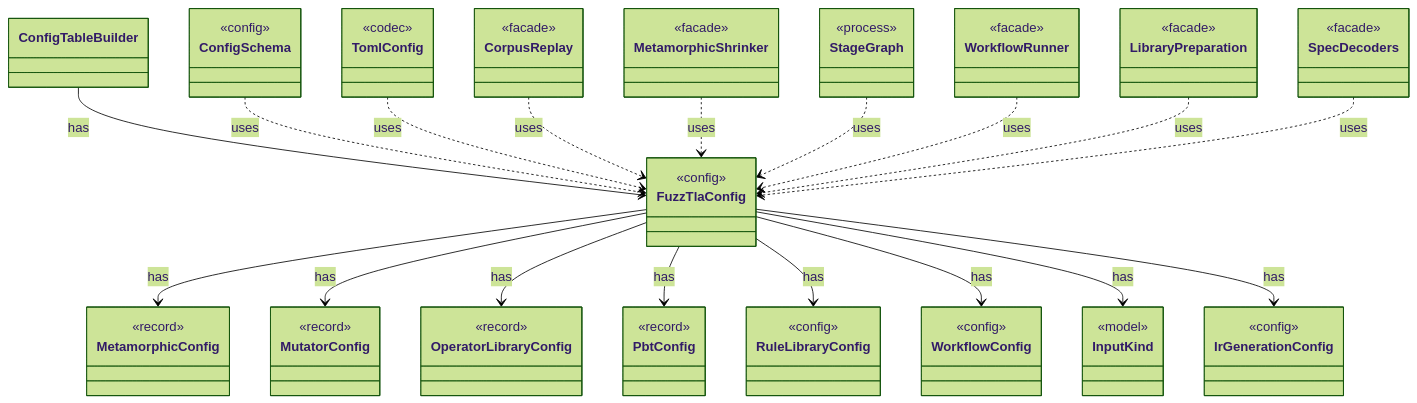
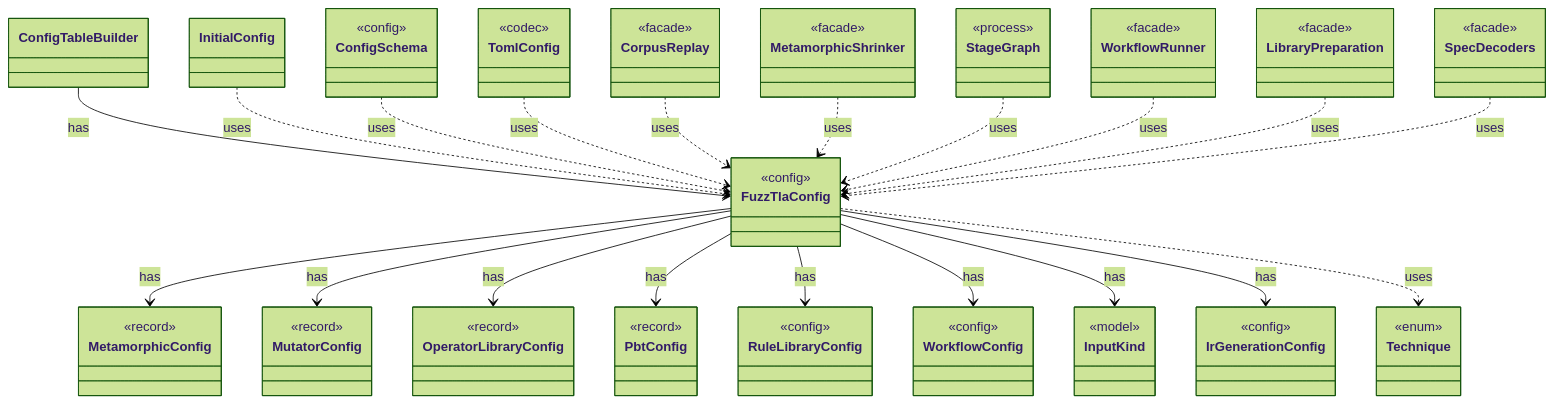
Before and after one commit to tlaplus/model-checker-hardening: the diagram in dev/types/io.github.tlaplus.hardening.config.FuzzTlaConfig.md, drawn with Mermaid (forest theme). The commit also changed other lines of this file and 411 other files, not shown here.

````diff
--- a/dev/types/io.github.tlaplus.hardening.config.FuzzTlaConfig.md
+++ b/dev/types/io.github.tlaplus.hardening.config.FuzzTlaConfig.md
@@ -7,72 +7,78 @@
 ```mermaid
 classDiagram
   class FuzzTlaConfig {
     <<config>>
   }
   class MetamorphicConfig {
     <<record>>
   }
   class MutatorConfig {
     <<record>>
   }
   class OperatorLibraryConfig {
     <<record>>
   }
   class PbtConfig {
     <<record>>
   }
   class RuleLibraryConfig {
     <<config>>
   }
   class WorkflowConfig {
     <<config>>
   }
   class InputKind {
     <<model>>
   }
   class IrGenerationConfig {
     <<config>>
   }
   class ConfigTableBuilder
+  class Technique {
+    <<enum>>
+  }
+  class InitialConfig
   class ConfigSchema {
     <<config>>
   }
   class TomlConfig {
     <<codec>>
   }
   class CorpusReplay {
     <<facade>>
   }
   class MetamorphicShrinker {
     <<facade>>
   }
   class StageGraph {
     <<process>>
   }
   class WorkflowRunner {
     <<facade>>
   }
   class LibraryPreparation {
     <<facade>>
   }
   class SpecDecoders {
     <<facade>>
   }
   FuzzTlaConfig --> MetamorphicConfig : has
   FuzzTlaConfig --> MutatorConfig : has
   FuzzTlaConfig --> OperatorLibraryConfig : has
   FuzzTlaConfig --> PbtConfig : has
   FuzzTlaConfig --> RuleLibraryConfig : has
   FuzzTlaConfig --> WorkflowConfig : has
   FuzzTlaConfig --> InputKind : has
   FuzzTlaConfig --> IrGenerationConfig : has
   ConfigTableBuilder --> FuzzTlaConfig : has
+  FuzzTlaConfig ..> Technique : uses
+  InitialConfig ..> FuzzTlaConfig : uses
   ConfigSchema ..> FuzzTlaConfig : uses
   TomlConfig ..> FuzzTlaConfig : uses
   CorpusReplay ..> FuzzTlaConfig : uses
   MetamorphicShrinker ..> FuzzTlaConfig : uses
   StageGraph ..> FuzzTlaConfig : uses
   WorkflowRunner ..> FuzzTlaConfig : uses
   LibraryPreparation ..> FuzzTlaConfig : uses
   SpecDecoders ..> FuzzTlaConfig : uses
 ```
````
